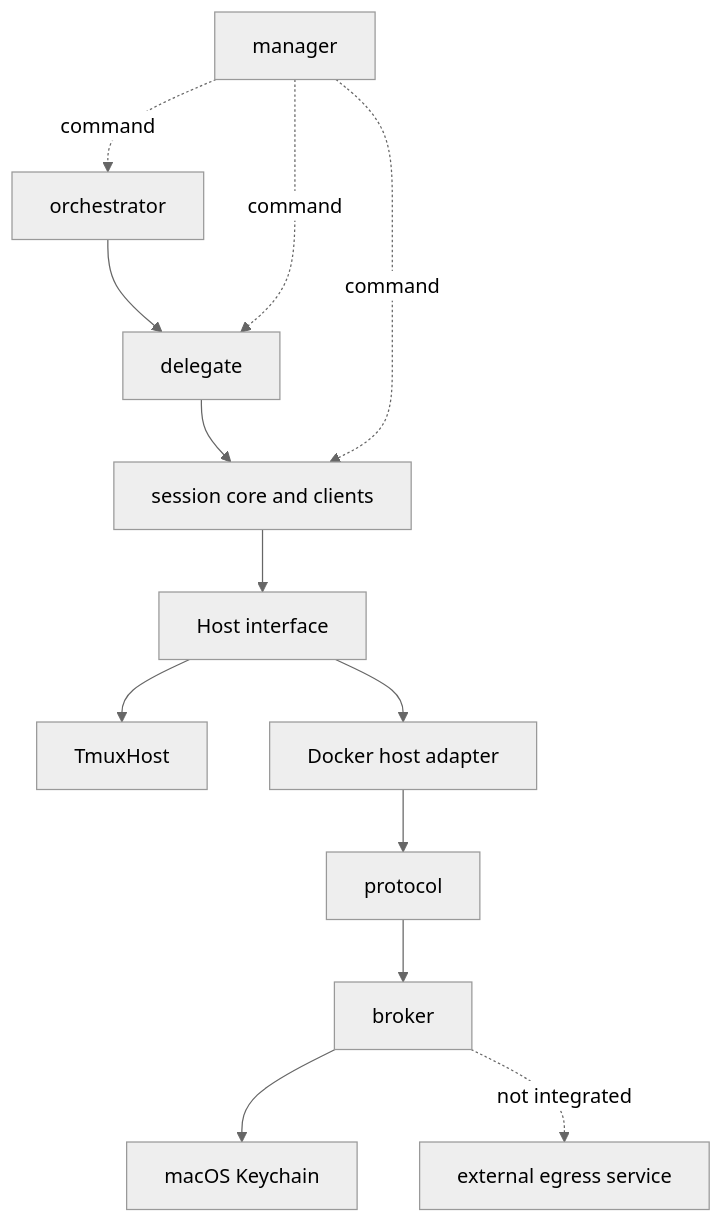
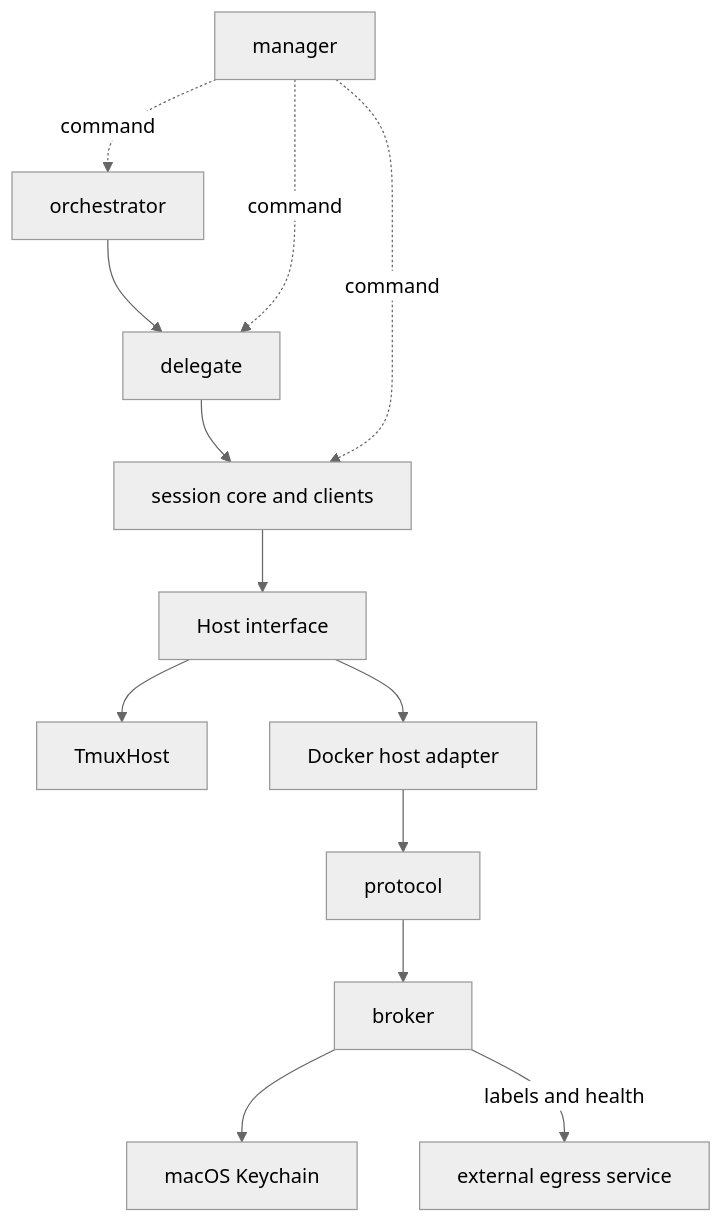
One commit to windroc-labs/ensemble changed the second of 2 diagrams in docs/architecture.md. Above: the diagram before and after it, drawn with Mermaid (neutral theme). The commit also changed other lines of this file and 32 other files, not shown here.

````diff
--- a/docs/architecture.md
+++ b/docs/architecture.md
@@ -118,14 +119,14 @@
 ```mermaid
 flowchart TB
   M[manager] -. command .-> O[orchestrator]
   O --> D[delegate] --> S[session core and clients]
   M -. command .-> D
   M -. command .-> S
   S --> H[Host interface]
   H --> T[TmuxHost]
   H --> A[Docker host adapter]
   A --> P[protocol]
   P --> B[broker]
   B --> K[macOS Keychain]
-  B -. not integrated .-> E[external egress service]
+  B -->|labels and health| E[external egress service]
 ```
````
